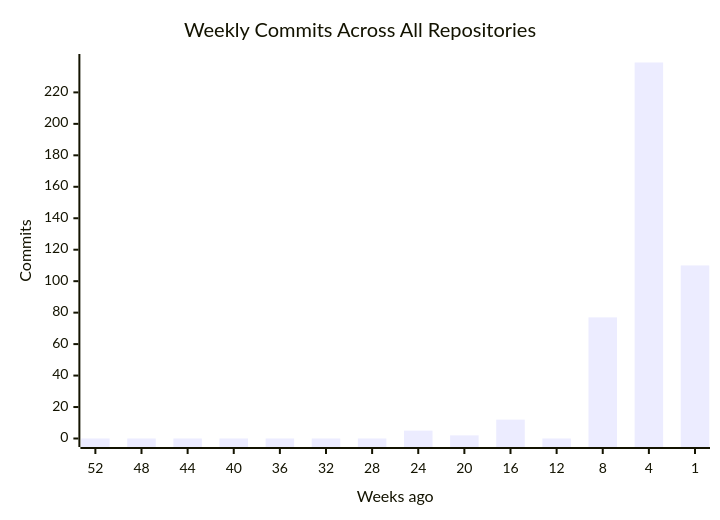
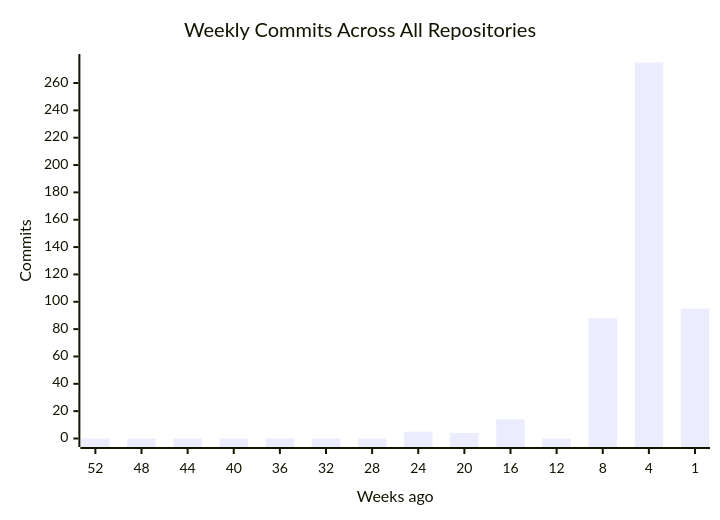
One commit to CSTH-Projects/.github changed the first of 4 diagrams in profile/README.md. Above: the diagram before and after it, drawn with Mermaid. The commit also changed other lines of this file, not shown here.

````diff
--- a/profile/README.md
+++ b/profile/README.md
@@ -16,7 +16,7 @@
 ```mermaid
 xychart-beta
     title "Weekly Commits Across All Repositories"
     x-axis "Weeks ago" [52, 48, 44, 40, 36, 32, 28, 24, 20, 16, 12, 8, 4, 1]
     y-axis "Commits"
-    bar [0, 0, 0, 0, 0, 0, 0, 5, 2, 12, 0, 77, 239, 110]
+    bar [0, 0, 0, 0, 0, 0, 0, 5, 4, 14, 0, 88, 275, 95]
 ```
````
